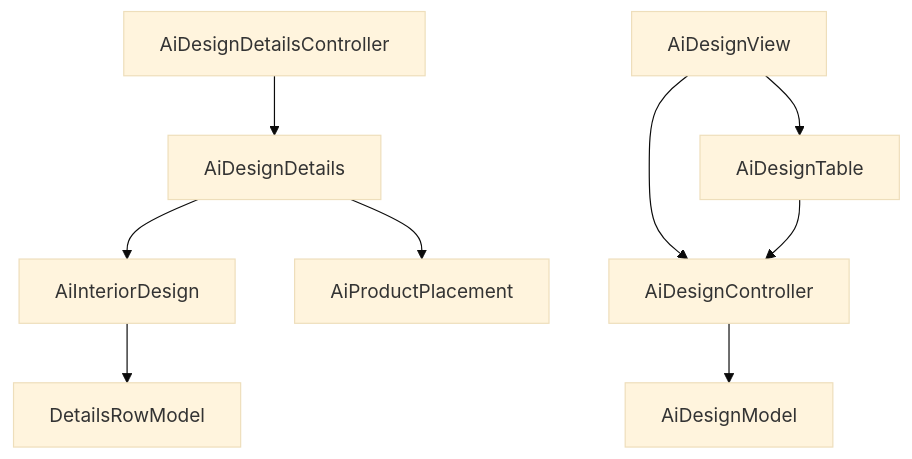
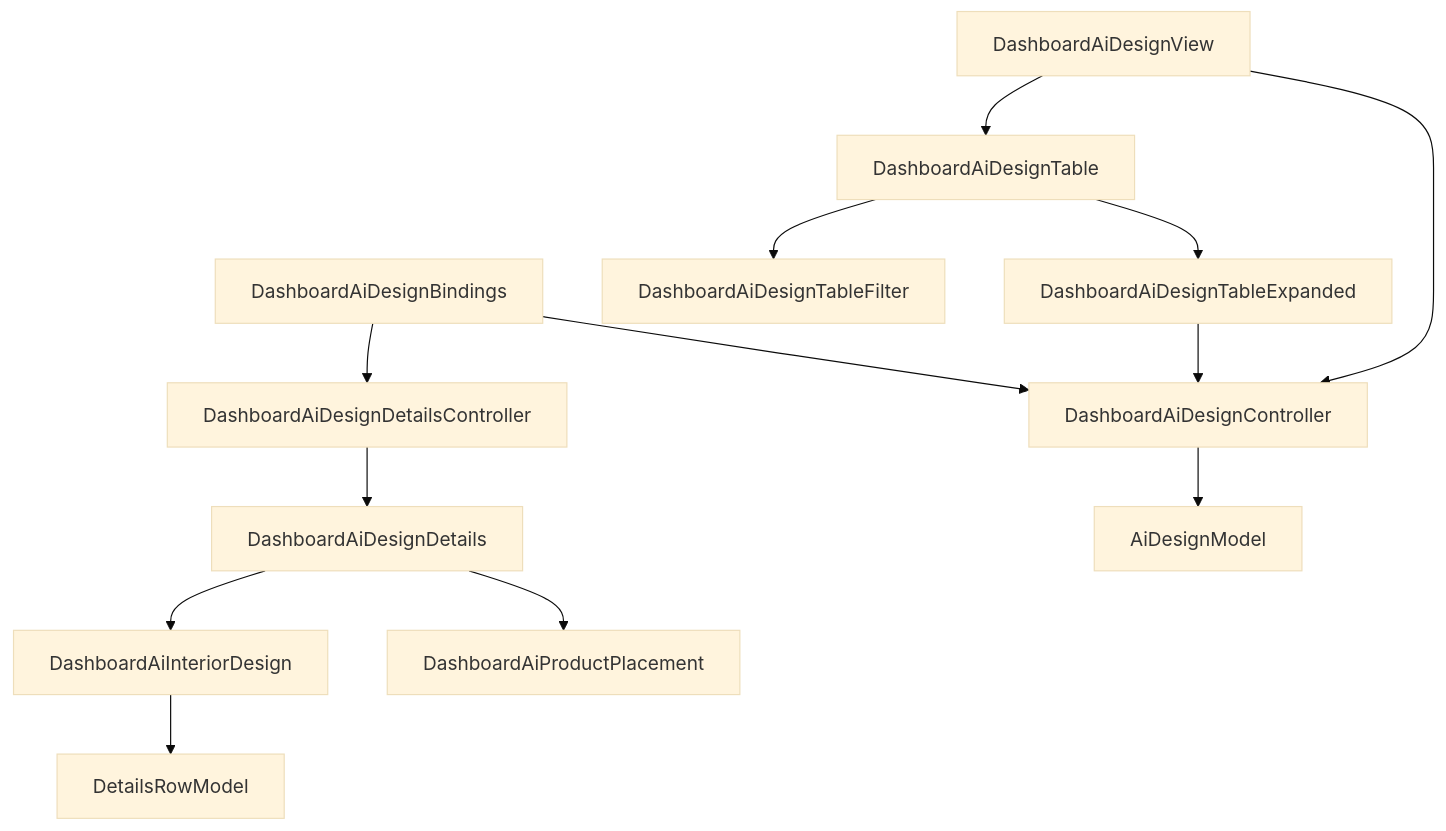
Diagram 13 of 13 in .qoder/repowiki/en/content/Core Features/AI Design Services/Design Customization and Preview.md (Ariful3111/FurniGo), drawn with Mermaid (base theme) before and after one commit. The commit also changed other lines of this file and 67 other files, not shown here.

````diff
--- a/.qoder/repowiki/en/content/Core Features/AI Design Services/Design Customization and Preview.md
+++ b/.qoder/repowiki/en/content/Core Features/AI Design Services/Design Customization and Preview.md
@@ -371,11 +493,15 @@
 ```mermaid
 graph TB
-AC["AiDesignController"] --> ADM["AiDesignModel"]
-ADC["AiDesignDetailsController"] --> ADD["AiDesignDetails"]
-ADV["AiDesignView"] --> AC
-ADV --> ADT["AiDesignTable"]
-ADD --> APP["AiProductPlacement"]
-ADD --> AID["AiInteriorDesign"]
-AID --> DRM["DetailsRowModel"]
-ADT --> AC
+DADB["DashboardAiDesignBindings"] --> DAC["DashboardAiDesignController"]
+DADB --> DADC["DashboardAiDesignDetailsController"]
+DAC --> ADM["AiDesignModel"]
+DADC --> DAD["DashboardAiDesignDetails"]
+DAV["DashboardAiDesignView"] --> DAC
+DAV --> DAT["DashboardAiDesignTable"]
+DAD --> DAPP["DashboardAiProductPlacement"]
+DAD --> DAID["DashboardAiInteriorDesign"]
+DAID --> DRM["DetailsRowModel"]
+DAT --> DAE["DashboardAiDesignTableExpanded"]
+DAT --> DAF["DashboardAiDesignTableFilter"]
+DAE --> DAC
 ```
````
